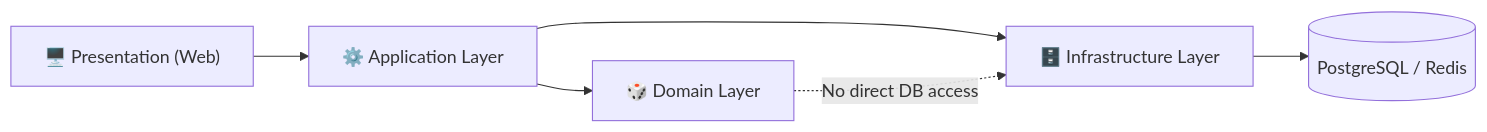
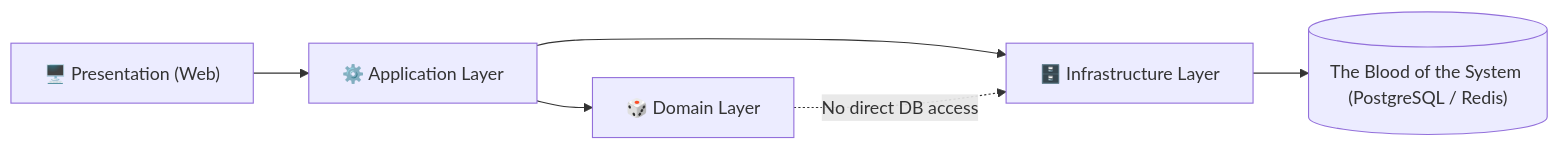
Before and after one commit to asafgolombek/RequiemNexus: the diagram in docs/Architecture.md, drawn with Mermaid. The commit also changed other lines of this file and 7 other files, not shown here.

Commit message:
feat: Establish project foundations with architecture and mission documentation, development guidelines, and initial identity integration tests.

````diff
--- a/docs/Architecture.md
+++ b/docs/Architecture.md
@@ -57,8 +46,8 @@
 ```mermaid
 flowchart LR
     A["🖥️ Presentation (Web)"] --> B["⚙️ Application Layer"]
     B --> C["🎲 Domain Layer"]
     B --> D["🗄️ Infrastructure Layer"]
-    D --> E[("PostgreSQL / Redis")]
+    D --> E[("The Blood of the System (PostgreSQL / Redis)")]
     C -.->|"No direct DB access"| D
 ```
````
